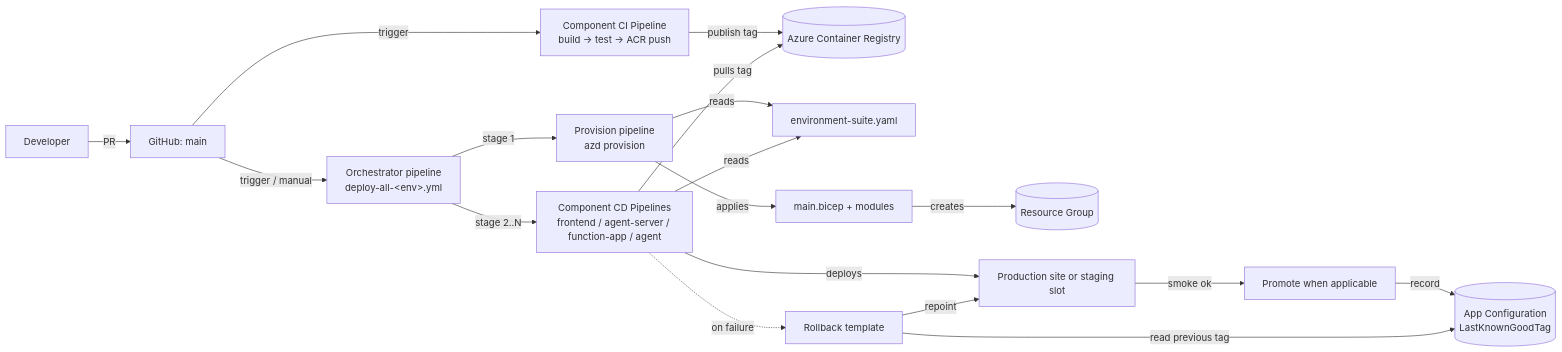
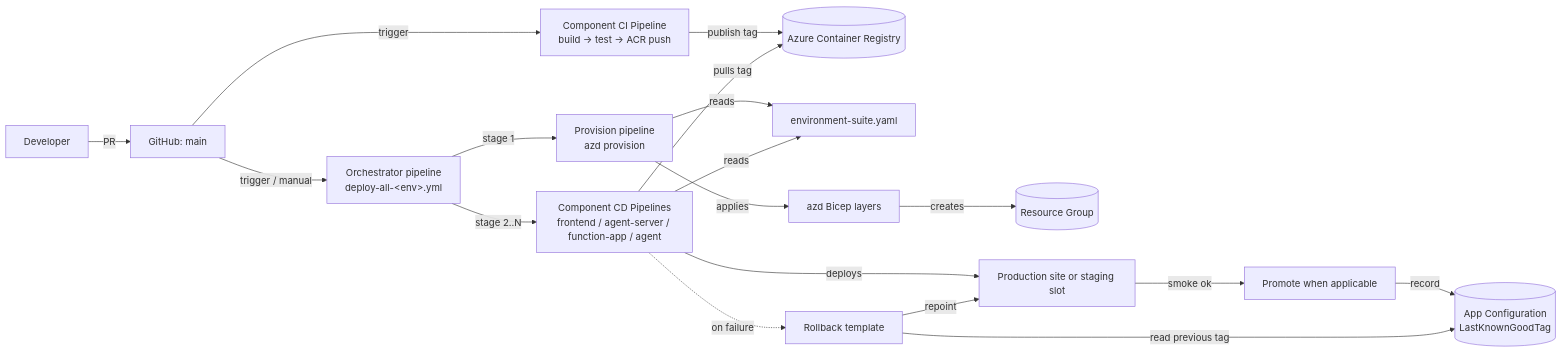
Before and after one commit to Azure/azure-sdk-tools: the diagram in tools/sdk-ai-bots/deployment/docs/deployment-architecture.md, drawn with Mermaid. The commit also changed other lines of this file and 92 other files, not shown here.

````diff
--- a/tools/sdk-ai-bots/deployment/docs/deployment-architecture.md
+++ b/tools/sdk-ai-bots/deployment/docs/deployment-architecture.md
@@ -3,23 +3,23 @@
 ```mermaid
 graph LR
     DEV[Developer] -->|PR| GH[GitHub: main]
     GH -->|trigger| CI[Component CI Pipeline<br/>build → test → ACR push]
     CI -->|publish tag| ACR[(Azure Container Registry)]
 
     GH -->|trigger / manual| ORCH[Orchestrator pipeline<br/>deploy-all-&lt;env&gt;.yml]
     ORCH -->|stage 1| PROV[Provision pipeline<br/>azd provision]
     PROV -->|reads| ES[environment-suite.yaml]
-    PROV -->|applies| INFRA[main.bicep + modules]
+    PROV -->|applies| INFRA[azd Bicep layers]
     INFRA -->|creates| RG[(Resource Group)]
 
     ORCH -->|stage 2..N| CD[Component CD Pipelines<br/>frontend / agent-server / function-app / agent]
     CD -->|reads| ES
     CD -->|pulls tag| ACR
     CD -->|deploys| TARGET[Production site or staging slot]
     TARGET -->|smoke ok| PROMOTE[Promote when applicable]
     PROMOTE -->|record| APPCFG[(App Configuration<br/>LastKnownGoodTag)]
 
     CD -.->|on failure| RB[Rollback template]
     RB -->|read previous tag| APPCFG
     RB -->|repoint| TARGET
 ```
````
